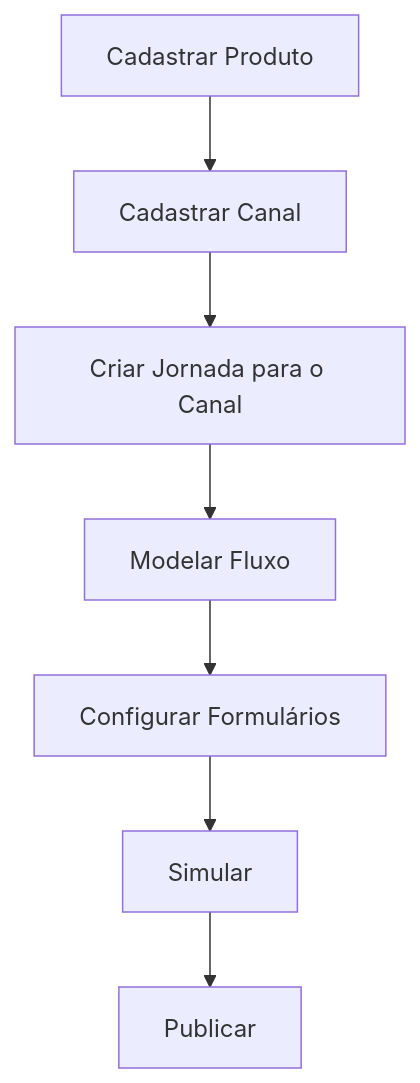
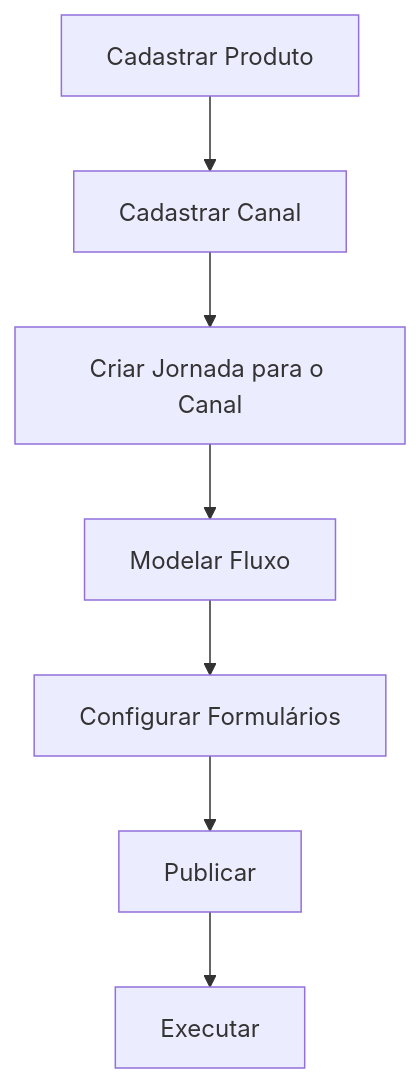
One commit to hermesnet-git/journey-admin changed the sixth of 8 diagrams in requisitos/admin/ej-admin-arquitetura-logica.md. Above: the diagram before and after it, drawn with Mermaid. The commit also changed other lines of this file and 70 other files, not shown here.

````diff
--- a/requisitos/admin/ej-admin-arquitetura-logica.md
+++ b/requisitos/admin/ej-admin-arquitetura-logica.md
@@ -437,17 +436,17 @@
 ```mermaid
 flowchart TD
     PRODUCT[Cadastrar Produto]
     CHANNEL[Cadastrar Canal]
     JOURNEY[Criar Jornada para o Canal]
     FLOW[Modelar Fluxo]
     FORMS[Configurar Formulários]
-    SIMULATE[Simular]
     PUBLISH[Publicar]
+    EXECUTE[Executar]
 
     PRODUCT --> CHANNEL
     CHANNEL --> JOURNEY
     JOURNEY --> FLOW
     FLOW --> FORMS
-    FORMS --> SIMULATE
-    SIMULATE --> PUBLISH
+    FORMS --> PUBLISH
+    PUBLISH --> EXECUTE
 ```
````
